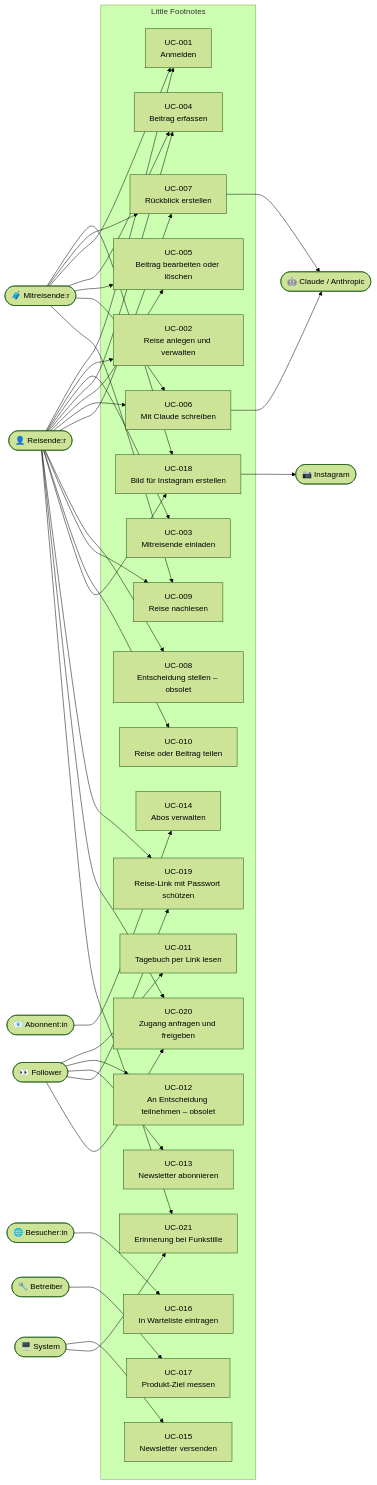
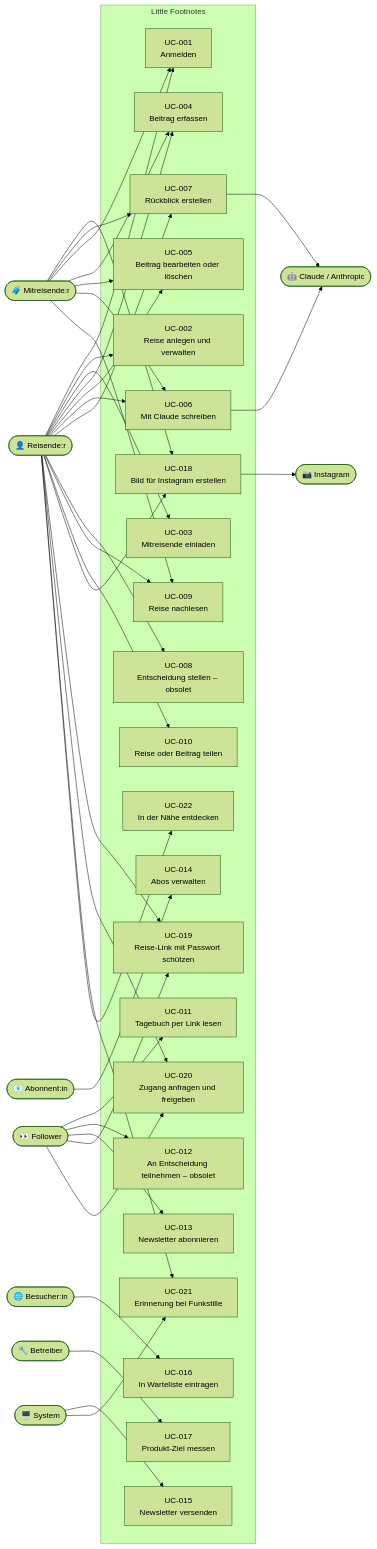
One commit to sansan88/wayfolio changed the diagram in docs/use_cases.md. Above: the diagram before and after it, drawn with Mermaid (forest theme). The commit also changed other lines of this file and 14 other files, not shown here.

First line of the commit message:
feat: In der Nähe entdecken (Tipps anderer Reisender, Wikipedia, OpenStreetMap)

````diff
--- a/docs/use_cases.md
+++ b/docs/use_cases.md
@@ -5,71 +5,73 @@
 ```mermaid
 flowchart LR
     reisende([👤 Reisende:r])
     mitreisende([🧳 Mitreisende:r])
     follower([👀 Follower])
     abonnent([📧 Abonnent:in])
     besucher([🌐 Besucher:in])
     betreiber([🔧 Betreiber])
     system([🖥️ System])
     claude([🤖 Claude / Anthropic])
 
     subgraph "Little Footnotes"
         UC001[UC-001\nAnmelden]
         UC002[UC-002\nReise anlegen und verwalten]
         UC003[UC-003\nMitreisende einladen]
         UC004[UC-004\nBeitrag erfassen]
         UC005[UC-005\nBeitrag bearbeiten oder löschen]
         UC006[UC-006\nMit Claude schreiben]
         UC007[UC-007\nRückblick erstellen]
         UC008[UC-008\nEntscheidung stellen – obsolet]
         UC009[UC-009\nReise nachlesen]
         UC010[UC-010\nReise oder Beitrag teilen]
         UC011[UC-011\nTagebuch per Link lesen]
         UC012[UC-012\nAn Entscheidung teilnehmen – obsolet]
         UC013[UC-013\nNewsletter abonnieren]
         UC014[UC-014\nAbos verwalten]
         UC015[UC-015\nNewsletter versenden]
         UC016[UC-016\nIn Warteliste eintragen]
         UC017[UC-017\nProdukt-Ziel messen]
         UC018[UC-018\nBild für Instagram erstellen]
         UC019[UC-019\nReise-Link mit Passwort schützen]
         UC020[UC-020\nZugang anfragen und freigeben]
         UC021[UC-021\nErinnerung bei Funkstille]
+        UC022[UC-022\nIn der Nähe entdecken]
     end
     instagram([📷 Instagram])
 
     reisende --> UC001
     reisende --> UC002
     reisende --> UC003
     reisende --> UC004
     reisende --> UC005
     reisende --> UC006
     reisende --> UC007
     reisende --> UC008
     reisende --> UC009
     reisende --> UC010
     reisende --> UC018
     reisende --> UC019
     reisende --> UC020
     mitreisende --> UC018
     mitreisende --> UC007
     mitreisende --> UC001
     mitreisende --> UC004
     mitreisende --> UC005
     mitreisende --> UC006
     mitreisende --> UC009
     follower --> UC011
     follower --> UC012
     follower --> UC013
     follower --> UC019
     follower --> UC020
     abonnent --> UC014
     besucher --> UC016
     betreiber --> UC017
     system --> UC015
     system --> UC021
     reisende --> UC021
+    reisende --> UC022
     UC006 --> claude
     UC007 --> claude
     UC018 --> instagram
 ```
````
